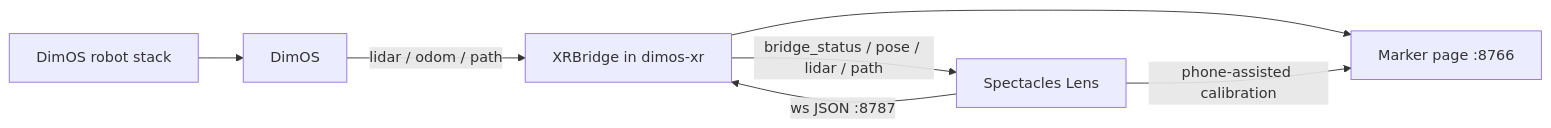
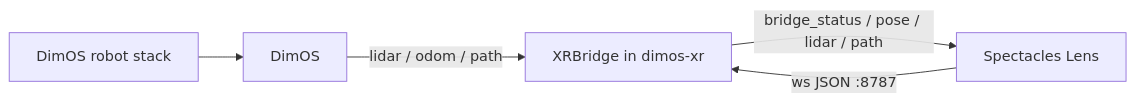
Before and after one commit to V4C38/spectacles-dimensional-os: the first of 3 diagrams in README.md, drawn with Mermaid. The commit also changed other lines of this file and 33 other files, not shown here.

````diff
--- a/README.md
+++ b/README.md
@@ -21,9 +21,7 @@
 ```mermaid
 flowchart LR
   RobotStack[DimOS robot stack] --> DimOS[DimOS]
   DimOS -->|"lidar / odom / path"| XRBridge[XRBridge in dimos-xr]
   Spectacles[Spectacles Lens] -->|"ws JSON :8787"| XRBridge
   XRBridge -->|"bridge_status / pose / lidar / path"| Spectacles
-  XRBridge --> MarkerPage[Marker page :8766]
-  Spectacles -->|"phone-assisted calibration"| MarkerPage
 ```
````
